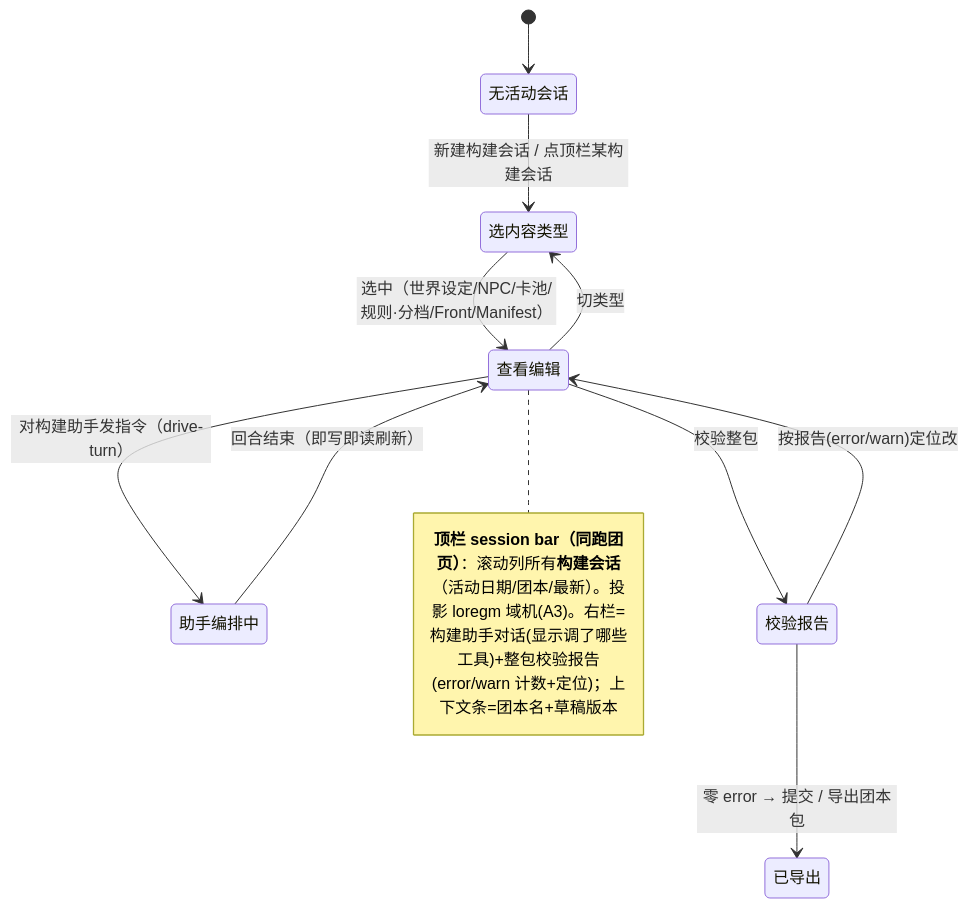
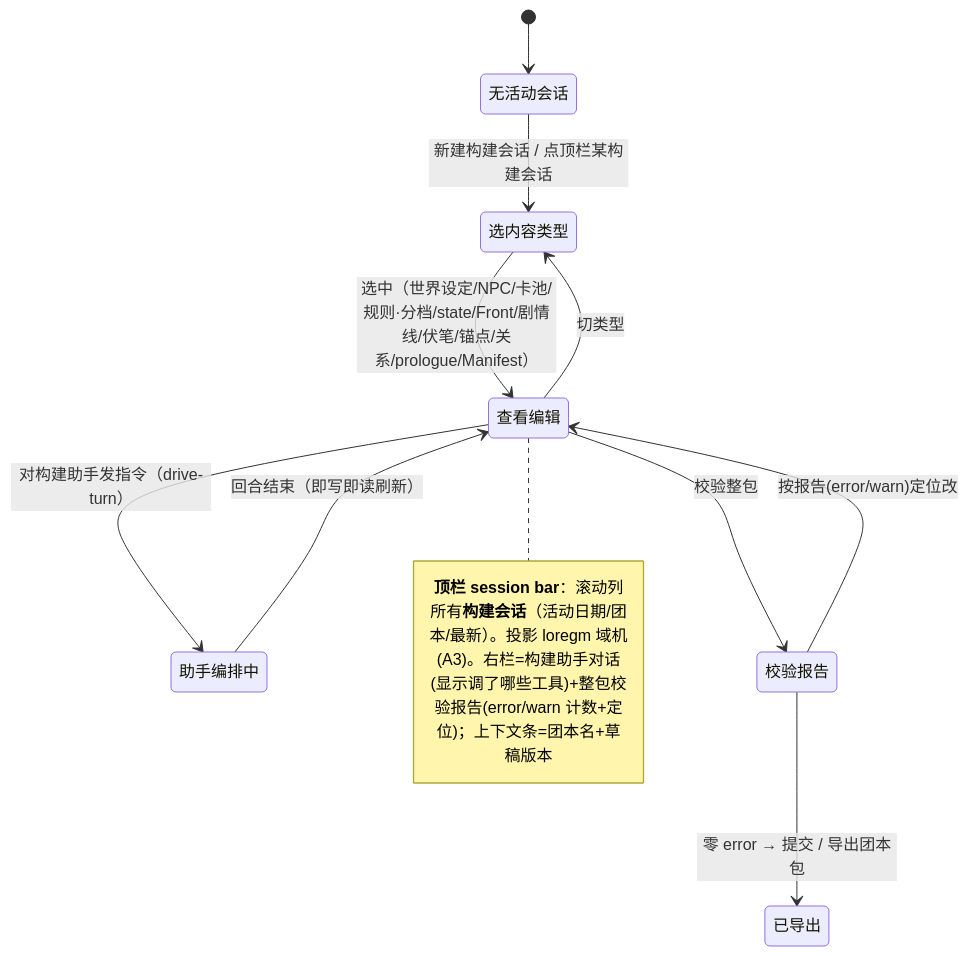
Before and after one commit to MuLeiSY2021/Dicelore: the ninth of 10 diagrams in docs/tdd/acceptance-loop-2026-07-06/0-state-machines.md, drawn with Mermaid. The commit also changed other lines of this file and 3 other files, not shown here.

````diff
--- a/docs/tdd/acceptance-loop-2026-07-06/0-state-machines.md
+++ b/docs/tdd/acceptance-loop-2026-07-06/0-state-machines.md
@@ -167,13 +167,13 @@
 ```mermaid
 stateDiagram-v2
   [*] --> 无活动会话
   无活动会话 --> 选内容类型 : 新建构建会话 / 点顶栏某构建会话
-  选内容类型 --> 查看编辑 : 选中（世界设定/NPC/卡池/规则·分档/Front/Manifest）
+  选内容类型 --> 查看编辑 : 选中（世界设定/NPC/卡池/规则·分档/state/Front/剧情线/伏笔/锚点/关系/prologue/Manifest）
   查看编辑 --> 选内容类型 : 切类型
   查看编辑 --> 助手编排中 : 对构建助手发指令（drive-turn）
   助手编排中 --> 查看编辑 : 回合结束（即写即读刷新）
   查看编辑 --> 校验报告 : 校验整包
   校验报告 --> 查看编辑 : 按报告(error/warn)定位改
   校验报告 --> 已导出 : 零 error → 提交 / 导出团本包
-  note right of 查看编辑 : **顶栏 session bar（同跑团页）**：滚动列所有**构建会话**（活动日期/团本/最新）。投影 loregm 域机(A3)。右栏=构建助手对话(显示调了哪些工具)+整包校验报告(error/warn 计数+定位)；上下文条=团本名+草稿版本
+  note right of 查看编辑 : **顶栏 session bar**：滚动列所有**构建会话**（活动日期/团本/最新）。投影 loregm 域机(A3)。右栏=构建助手对话(显示调了哪些工具)+整包校验报告(error/warn 计数+定位)；上下文条=团本名+草稿版本
 ```
````
